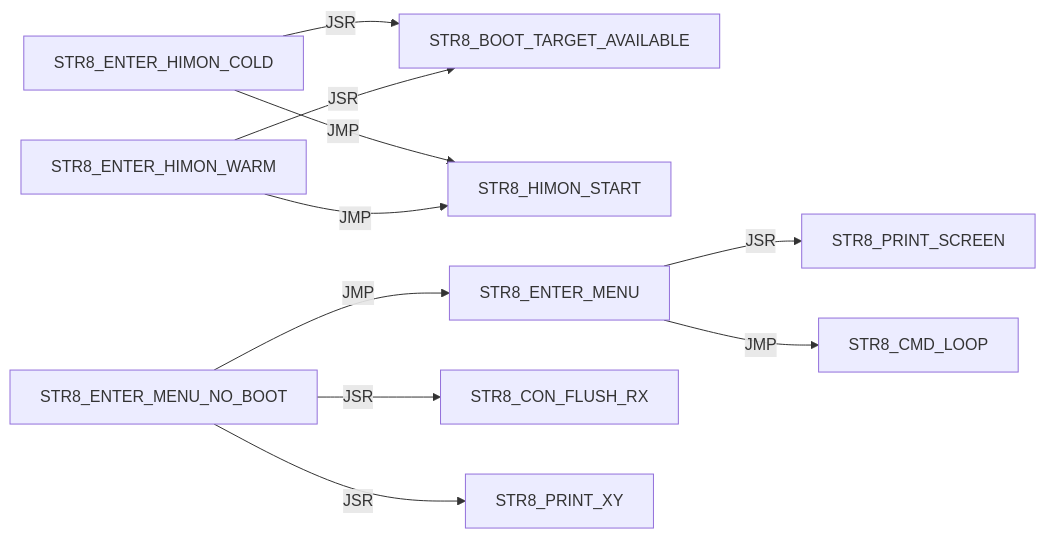
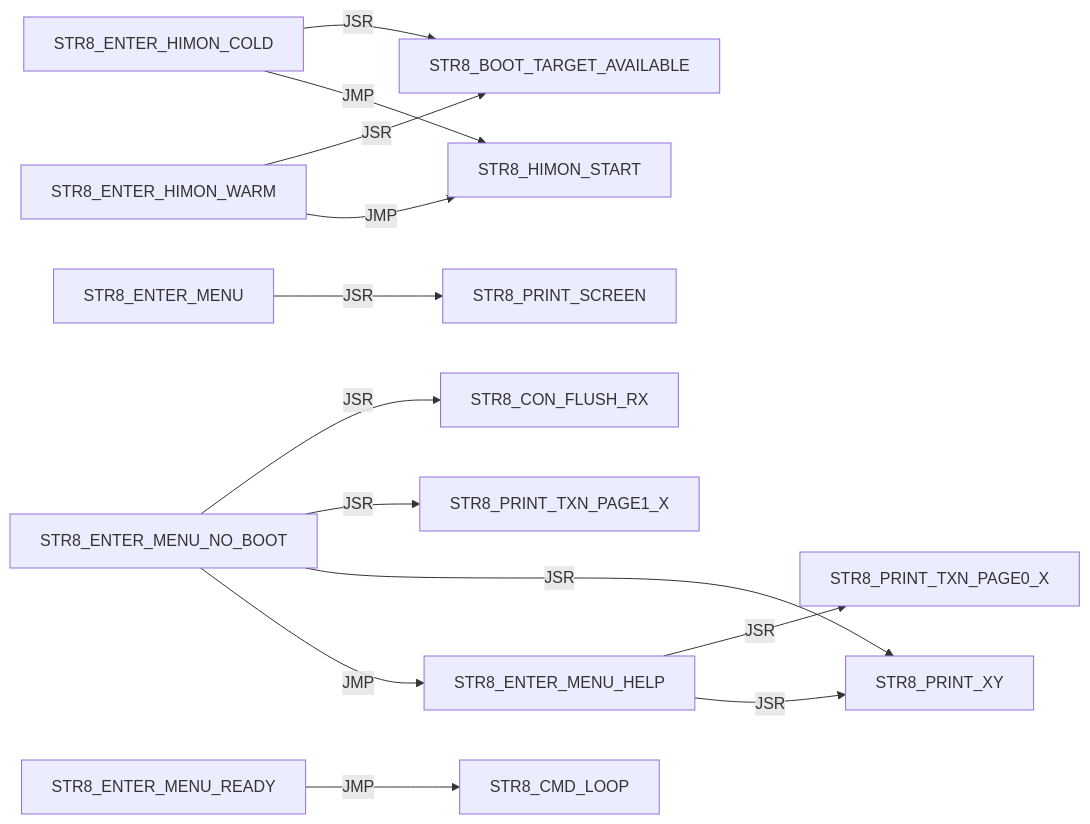
Diagram 13 of 42 in DOC/GUIDES/STR8/STR8_EDGE_DUMP.md (95westus/R-YORS), drawn with Mermaid before and after one commit. The commit also changed other lines of this file and 33 other files, not shown here.

````diff
--- a/DOC/GUIDES/STR8/STR8_EDGE_DUMP.md
+++ b/DOC/GUIDES/STR8/STR8_EDGE_DUMP.md
@@ -199,12 +180,15 @@
 ```mermaid
 flowchart LR
     N0["STR8_ENTER_HIMON_COLD"] -->|JSR| N1["STR8_BOOT_TARGET_AVAILABLE"]
     N0["STR8_ENTER_HIMON_COLD"] -->|JMP| N2["STR8_HIMON_START"]
     N3["STR8_ENTER_HIMON_WARM"] -->|JSR| N1["STR8_BOOT_TARGET_AVAILABLE"]
     N3["STR8_ENTER_HIMON_WARM"] -->|JMP| N2["STR8_HIMON_START"]
     N4["STR8_ENTER_MENU"] -->|JSR| N5["STR8_PRINT_SCREEN"]
-    N4["STR8_ENTER_MENU"] -->|JMP| N6["STR8_CMD_LOOP"]
-    N7["STR8_ENTER_MENU_NO_BOOT"] -->|JSR| N8["STR8_CON_FLUSH_RX"]
-    N7["STR8_ENTER_MENU_NO_BOOT"] -->|JSR| N9["STR8_PRINT_XY"]
-    N7["STR8_ENTER_MENU_NO_BOOT"] -->|JMP| N4["STR8_ENTER_MENU"]
+    N6["STR8_ENTER_MENU_HELP"] -->|JSR| N7["STR8_PRINT_TXN_PAGE0_X"]
+    N6["STR8_ENTER_MENU_HELP"] -->|JSR| N8["STR8_PRINT_XY"]
+    N9["STR8_ENTER_MENU_NO_BOOT"] -->|JSR| N10["STR8_CON_FLUSH_RX"]
+    N9["STR8_ENTER_MENU_NO_BOOT"] -->|JSR| N11["STR8_PRINT_TXN_PAGE1_X"]
+    N9["STR8_ENTER_MENU_NO_BOOT"] -->|JSR| N8["STR8_PRINT_XY"]
+    N9["STR8_ENTER_MENU_NO_BOOT"] -->|JMP| N6["STR8_ENTER_MENU_HELP"]
+    N12["STR8_ENTER_MENU_READY"] -->|JMP| N13["STR8_CMD_LOOP"]
 ```
````
